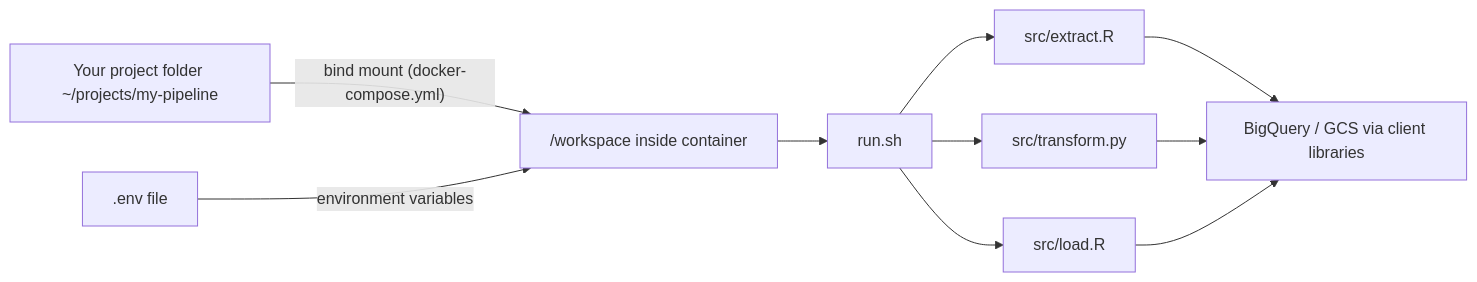
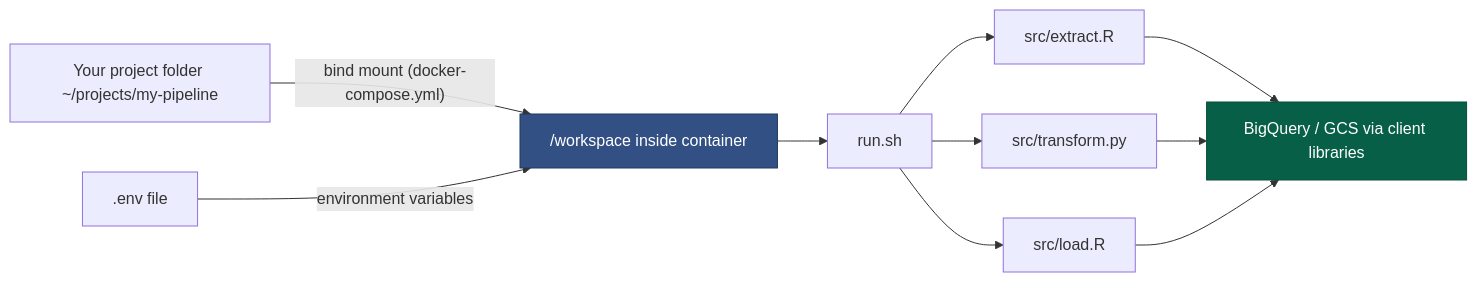
Before and after one commit to Ch3w3y/docker_gcp: the second of 3 diagrams in docs/architecture.md, drawn with Mermaid. The commit also changed other lines of this file, not shown here.

First line of the commit message:
fix(a11y): add node styles to architecture.md diagrams

````diff
--- a/docs/architecture.md
+++ b/docs/architecture.md
@@ -255,10 +258,12 @@
 ```mermaid
 flowchart LR
     A["Your project folder ~/projects/my-pipeline"] -->|"bind mount (docker-compose.yml)"| B["/workspace inside container"]
     C[".env file"] -->|environment variables| B
     B --> D["run.sh"]
     D --> E["src/extract.R"]
     D --> F["src/transform.py"]
     D --> G["src/load.R"]
     E & F & G --> H["BigQuery / GCS via client libraries"]
+    style B fill:#325083,stroke:#1e3a5f,color:#ffffff
+    style H fill:#065f46,stroke:#064e3b,color:#ffffff
 ```
````
